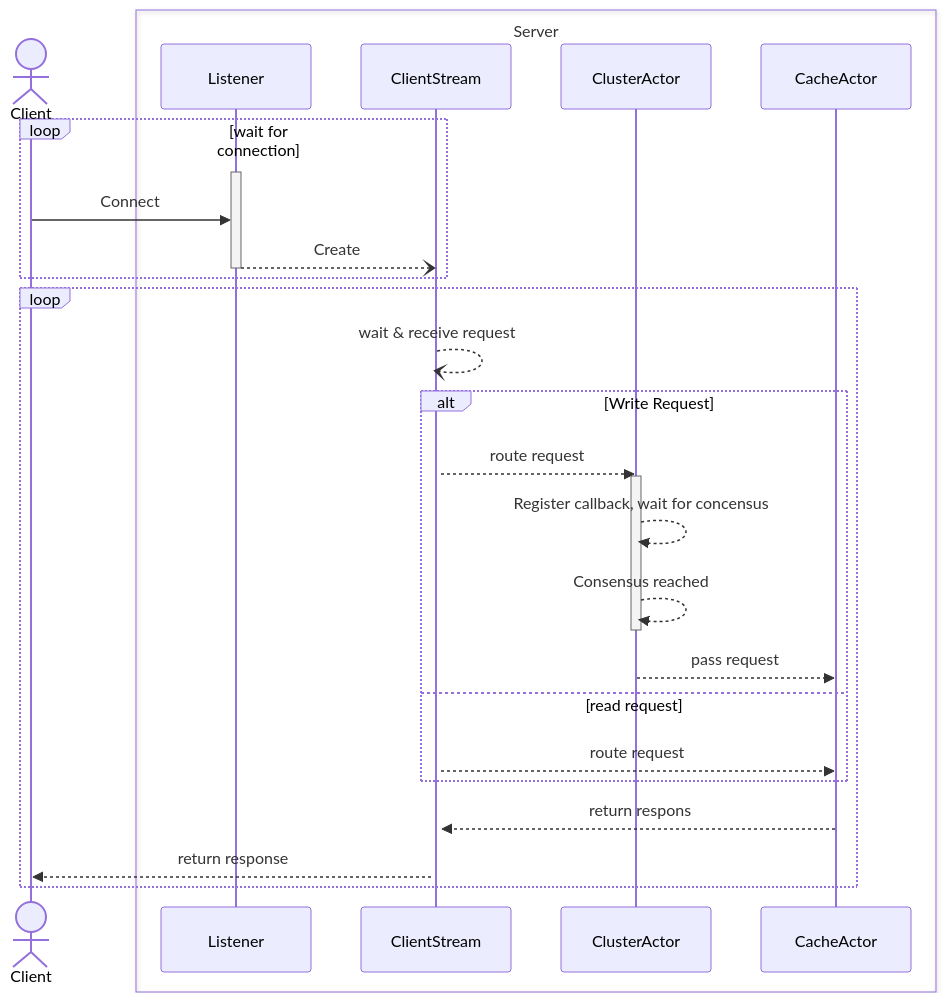
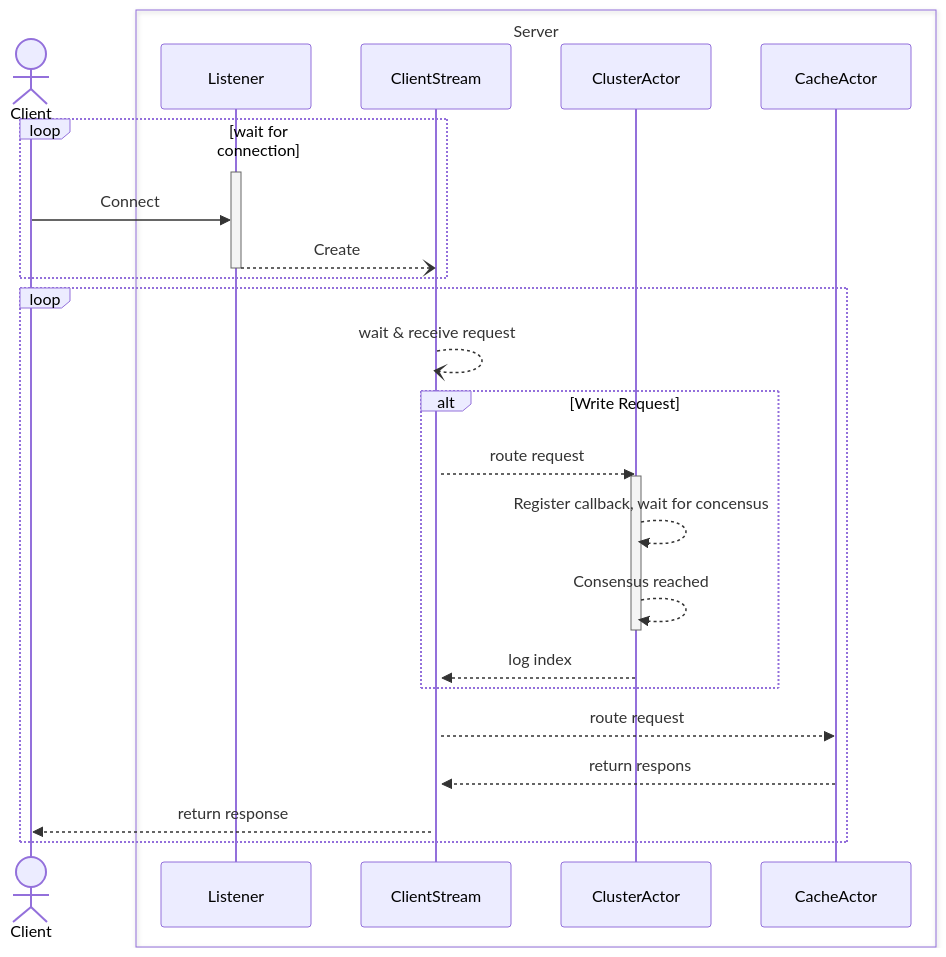
One commit to Migorithm/duva changed the diagram in diagrams/client_query.mmd. Above: the diagram before and after it, drawn with Mermaid. The commit also changed 1 other file, not shown here.

```diff
--- a/diagrams/client_query.mmd
+++ b/diagrams/client_query.mmd
@@ -1,32 +1,31 @@
 sequenceDiagram
     actor C as Client
     Box Server
     participant Listener
     participant Stream as ClientStream
     participant CL as ClusterActor
     participant CA as CacheActor
     
     end
     
     loop wait for connection
         activate Listener
         C ->> Listener: Connect
         Listener --) Stream : Create
         deactivate Listener
     end
 
     loop 
         Stream --)+ Stream: wait & receive request
         alt Write Request
             Stream -->> CL: route request
             activate CL
             CL -->> CL : Register callback, wait for concensus
             CL -->> CL : Consensus reached
             deactivate CL
-            CL -->> CA : pass request
-        else read request
-            Stream -->> CA: route request
+            CL -->> Stream : log index
         end
+        Stream -->> CA: route request
         CA -->> Stream: return respons
         Stream -->> C: return response
     end
```
